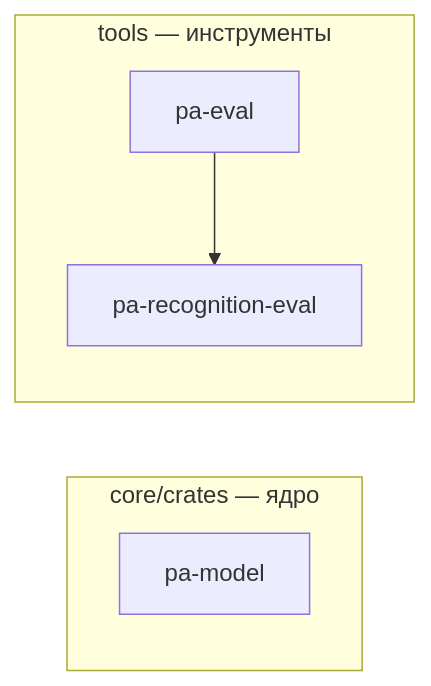
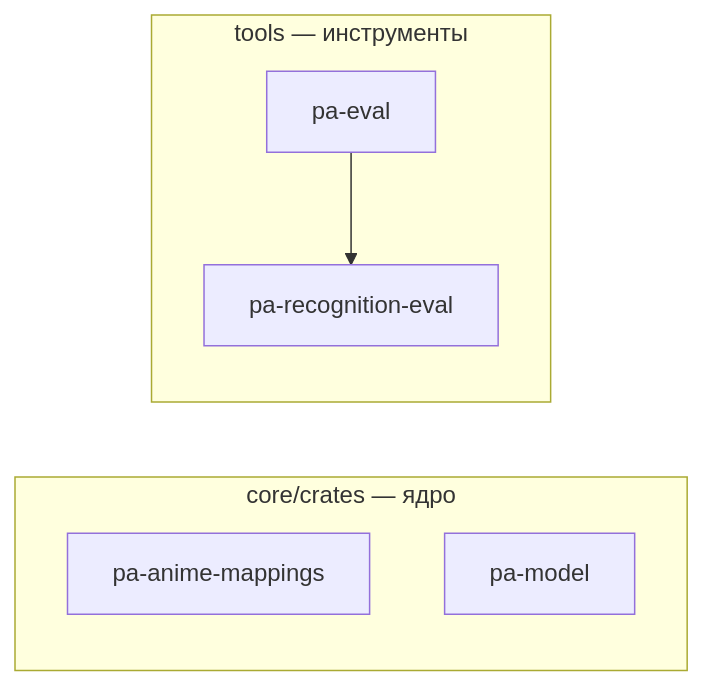
One commit to DenisHumen/project_alpha changed the diagram in docs/dev/crate-graph.md. Above: the diagram before and after it, drawn with Mermaid. The commit also changed other lines of this file, not shown here.

Commit message:
docs(dev): regenerate crate graph with pa-anime-mappings [META-008]

````diff
--- a/docs/dev/crate-graph.md
+++ b/docs/dev/crate-graph.md
@@ -12,11 +12,12 @@
 ```mermaid
 flowchart LR
   subgraph g0["core/crates — ядро"]
+    pa_anime_mappings["pa-anime-mappings"]
     pa_model["pa-model"]
   end
   subgraph g1["tools — инструменты"]
     pa_eval["pa-eval"]
     pa_recognition_eval["pa-recognition-eval"]
   end
   pa_eval --> pa_recognition_eval
 ```
````
